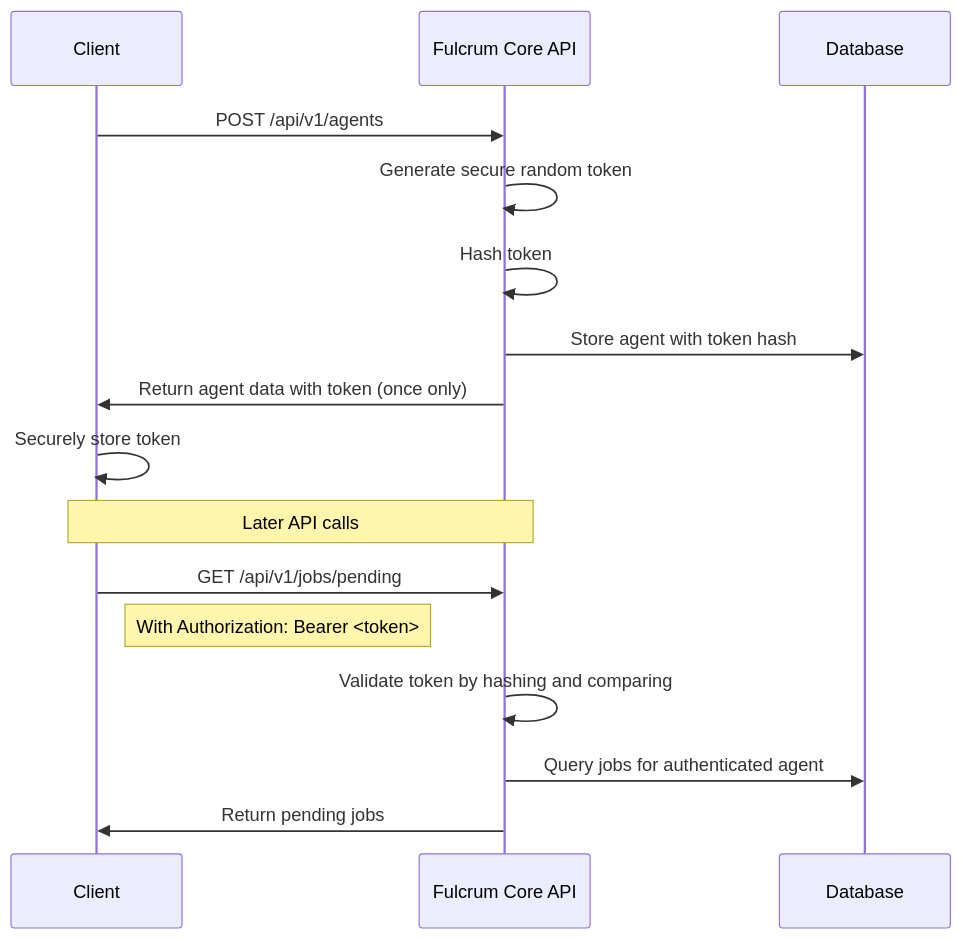
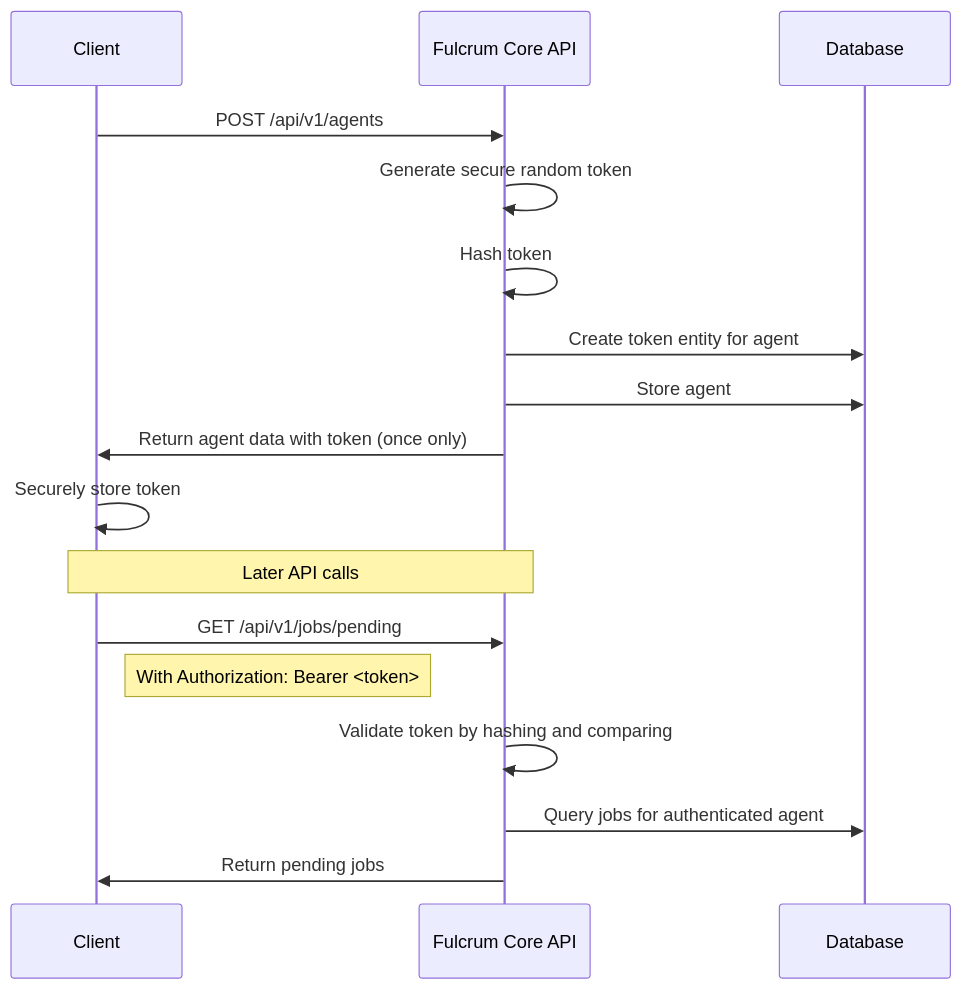
One commit to fulcrumproject/core changed the fourth of 6 diagrams in docs/DESIGN.md. Above: the diagram before and after it, drawn with Mermaid. The commit also changed other lines of this file and 2 other files, not shown here.

````diff
--- a/docs/DESIGN.md
+++ b/docs/DESIGN.md
@@ -431,21 +412,22 @@
 ```mermaid
 sequenceDiagram
     participant Client
     participant API as Fulcrum Core API
     participant DB as Database
     
     Client->>API: POST /api/v1/agents
     API->>API: Generate secure random token
     API->>API: Hash token
-    API->>DB: Store agent with token hash
+    API->>DB: Create token entity for agent
+    API->>DB: Store agent
     API->>Client: Return agent data with token (once only)
     Client->>Client: Securely store token
     
     Note over Client,API: Later API calls
     
     Client->>API: GET /api/v1/jobs/pending
     Note right of Client: With Authorization: Bearer <token>
     API->>API: Validate token by hashing and comparing
     API->>DB: Query jobs for authenticated agent
     API->>Client: Return pending jobs
 ```
````
